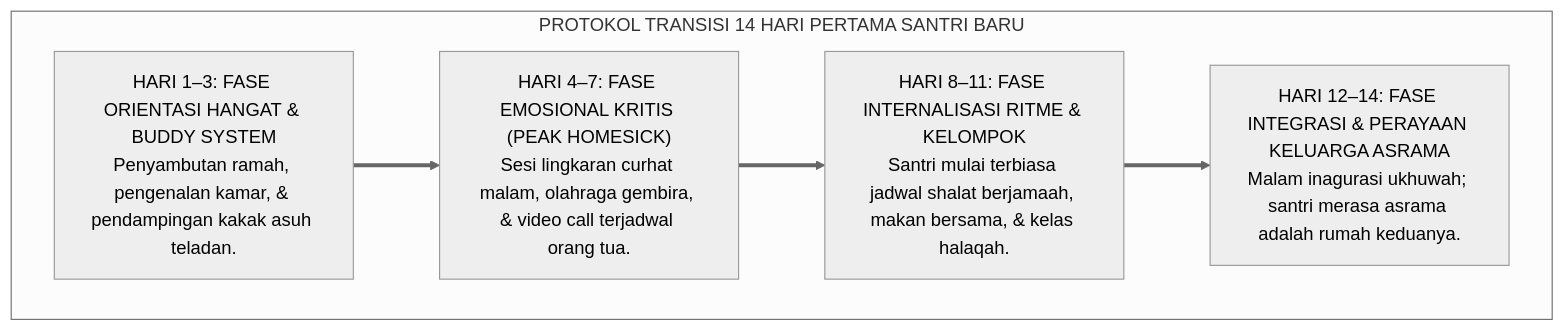
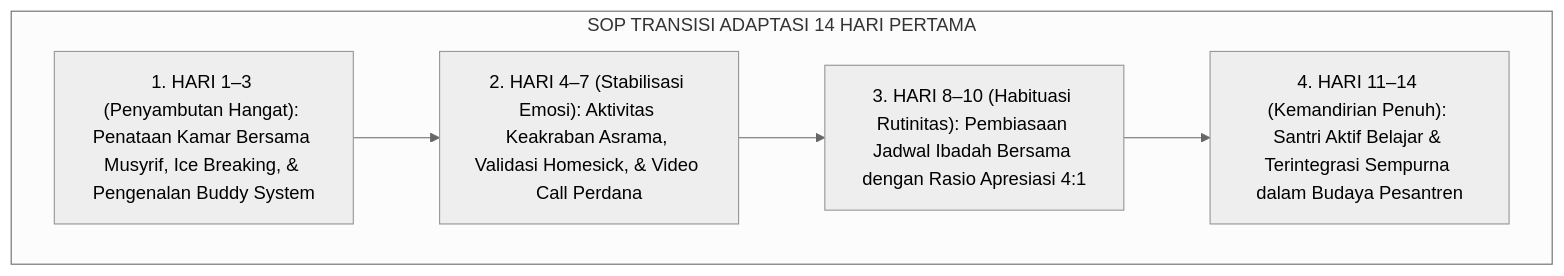
The third of 3 diagrams in 02 Principles/04 Development Principles/P2-04-02-Prinsip-Keterikatan-Aman-dan-In-Loco-Parentis.md (wandiapriliyandi/tumbuh), drawn with Mermaid (neutral theme) before and after one commit. The commit also changed other lines of this file and 7 other files, not shown here.

````diff
--- a/02 Principles/04 Development Principles/P2-04-02-Prinsip-Keterikatan-Aman-dan-In-Loco-Parentis.md
+++ b/02 Principles/04 Development Principles/P2-04-02-Prinsip-Keterikatan-Aman-dan-In-Loco-Parentis.md
@@ -130,14 +149,9 @@
 ```mermaid
 flowchart TD
-    subgraph FaseAdaptasiEmpatik14Hari["PROTOKOL TRANSISI 14 HARI PERTAMA SANTRI BARU"]
-        Hari1_3["HARI 1–3: FASE ORIENTASI HANGAT & BUDDY SYSTEM<br/>Penyambutan ramah, pengenalan kamar, & pendampingan kakak asuh teladan."]
-        
-        Hari4_7["HARI 4–7: FASE EMOSIONAL KRITIS (PEAK HOMESICK)<br/>Sesi lingkaran curhat malam, olahraga gembira, & video call terjadwal orang tua."]
-        
-        Hari8_11["HARI 8–11: FASE INTERNALISASI RITME & KELOMPOK<br/>Santri mulai terbiasa jadwal shalat berjamaah, makan bersama, & kelas halaqah."]
-        
-        Hari12_14["HARI 12–14: FASE INTEGRASI & PERAYAAN KELUARGA ASRAMA<br/>Malam inagurasi ukhuwah; santri merasa asrama adalah rumah keduanya."]
-        
-        Hari1_3 ==> Hari4_7 ==> Hari8_11 ==> Hari12_14
+    subgraph SOPTransisi14Hari["SOP TRANSISI ADAPTASI 14 HARI PERTAMA"]
+        Hari1_3["1. HARI 1–3 (Penyambutan Hangat): Penataan Kamar Bersama Musyrif, Ice Breaking, & Pengenalan Buddy System"]
+        --> Hari4_7["2. HARI 4–7 (Stabilisasi Emosi): Aktivitas Keakraban Asrama, Validasi Homesick, & Video Call Perdana"]
+        --> Hari8_10["3. HARI 8–10 (Habituasi Rutinitas): Pembiasaan Jadwal Ibadah Bersama dengan Rasio Apresiasi 4:1"]
+        --> Hari11_14["4. HARI 11–14 (Kemandirian Penuh): Santri Aktif Belajar & Terintegrasi Sempurna dalam Budaya Pesantren"]
     end
 ```
````
